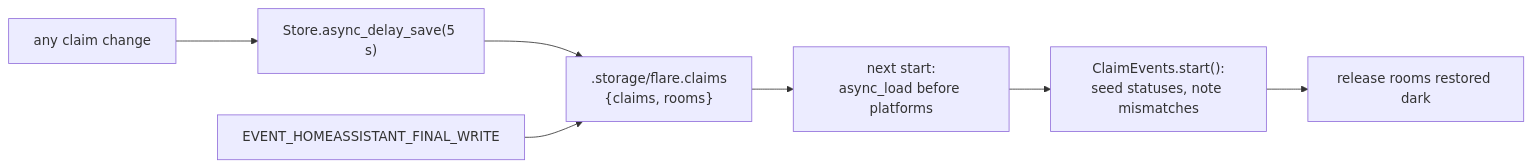
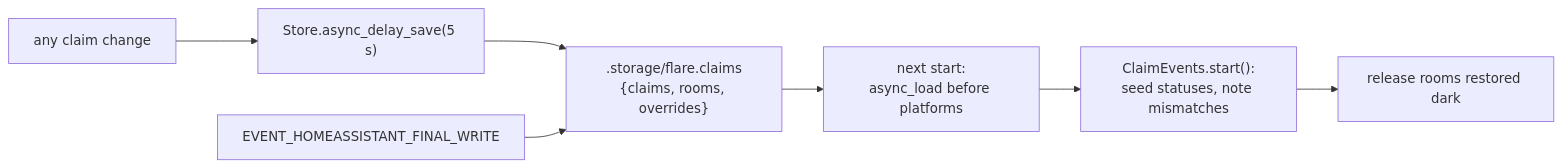
The fourth of 4 diagrams in docs/architecture/claims.md (danrspencer/flare), drawn with Mermaid before and after one commit. The commit also changed other lines of this file and 8 other files, not shown here.

````diff
--- a/docs/architecture/claims.md
+++ b/docs/architecture/claims.md
@@ -222,9 +222,9 @@
 ```mermaid
 flowchart LR
     ch["any claim change"] --> ds["Store.async_delay_save(5 s)"]
-    ds --> file[".storage/flare.claims<br/>{claims, rooms}"]
+    ds --> file[".storage/flare.claims<br/>{claims, rooms, overrides}"]
     stop["EVENT_HOMEASSISTANT_FINAL_WRITE"] --> file
     file --> load["next start:<br/>async_load before platforms"]
     load --> seed["ClaimEvents.start():<br/>seed statuses, note mismatches"]
     seed --> rel["release rooms restored dark"]
 ```
````
